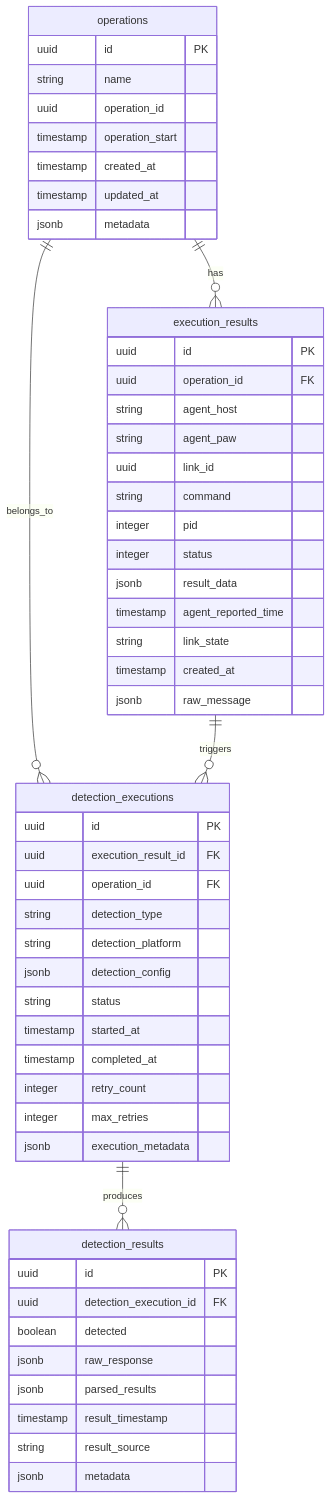
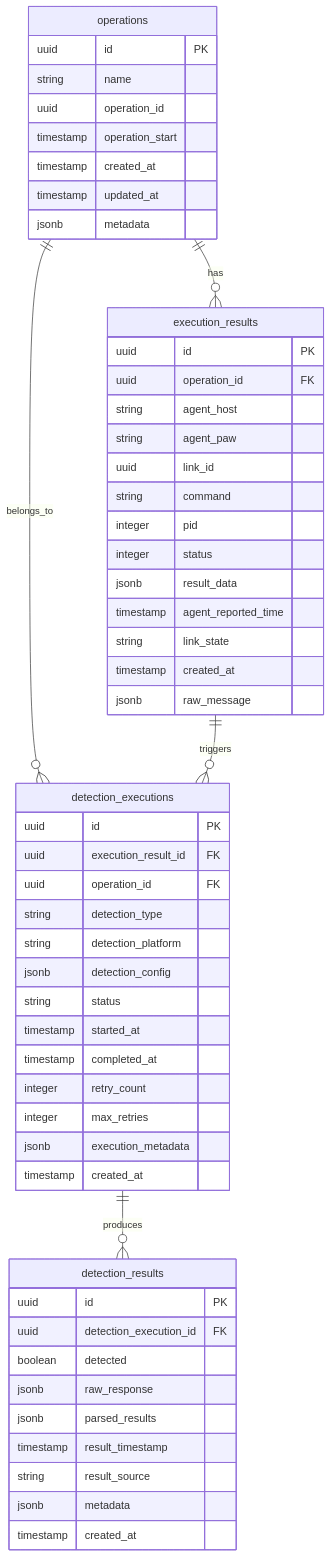
Before and after one commit to uetsymphonique/checking-engine-pplab: the diagram in docs/db.md, drawn with Mermaid. The commit also changed other lines of this file and 52 other files, not shown here.

````diff
--- a/docs/db.md
+++ b/docs/db.md
@@ -50,59 +50,61 @@
 ```mermaid
 erDiagram
     operations ||--o{ execution_results : has
     operations ||--o{ detection_executions : belongs_to
     execution_results ||--o{ detection_executions : triggers
     detection_executions ||--o{ detection_results : produces
     
     operations {
         uuid id PK
         string name
         uuid operation_id
         timestamp operation_start
         timestamp created_at
         timestamp updated_at
         jsonb metadata
     }
     
     execution_results {
         uuid id PK
         uuid operation_id FK
         string agent_host
         string agent_paw
         uuid link_id
         string command
         integer pid
         integer status
         jsonb result_data
         timestamp agent_reported_time
         string link_state
         timestamp created_at
         jsonb raw_message
     }
     
     detection_executions {
         uuid id PK
         uuid execution_result_id FK
         uuid operation_id FK
         string detection_type
         string detection_platform
         jsonb detection_config
         string status
         timestamp started_at
         timestamp completed_at
         integer retry_count
         integer max_retries
         jsonb execution_metadata
+        timestamp created_at
     }
     
     detection_results {
         uuid id PK
         uuid detection_execution_id FK
         boolean detected
         jsonb raw_response
         jsonb parsed_results
         timestamp result_timestamp
         string result_source
         jsonb metadata
+        timestamp created_at
     }
 ```
````
